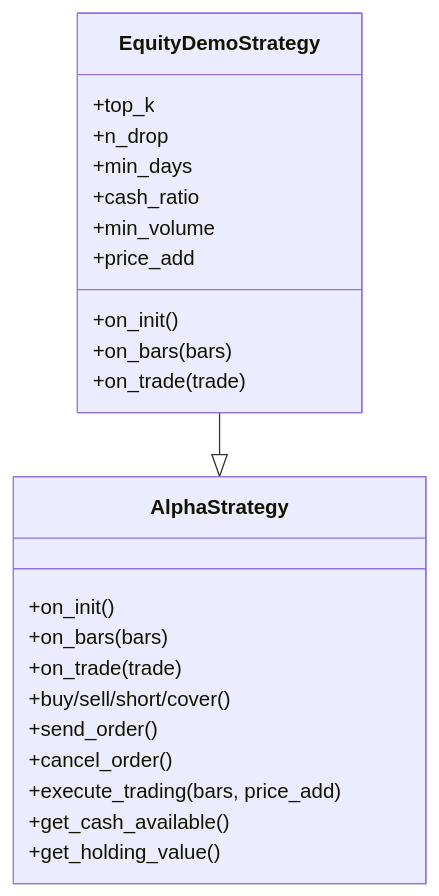
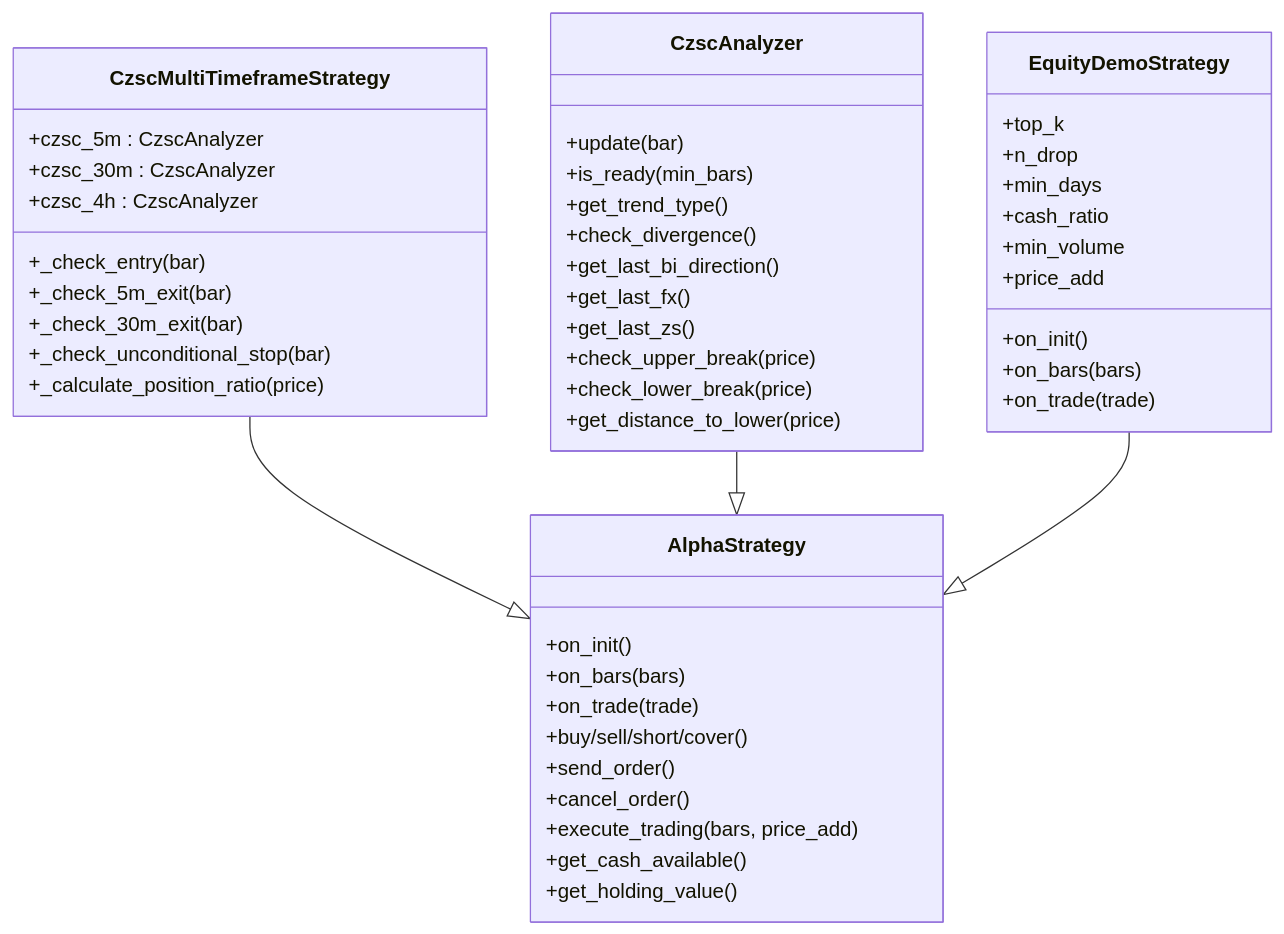
One commit to maxtwoon/vnpy changed the eighth of 9 diagrams in .qoder/repowiki/zh/content/示例和教程/回测示例.md. Above: the diagram before and after it, drawn with Mermaid. The commit also changed other lines of this file and 3 other files, not shown here.

````diff
--- a/.qoder/repowiki/zh/content/示例和教程/回测示例.md
+++ b/.qoder/repowiki/zh/content/示例和教程/回测示例.md
@@ -230,26 +323,50 @@
 ```mermaid
 classDiagram
 class AlphaStrategy {
 +on_init()
 +on_bars(bars)
 +on_trade(trade)
 +buy/sell/short/cover()
 +send_order()
 +cancel_order()
 +execute_trading(bars, price_add)
 +get_cash_available()
 +get_holding_value()
 }
+class CzscAnalyzer {
++update(bar)
++is_ready(min_bars)
++get_trend_type()
++check_divergence()
++get_last_bi_direction()
++get_last_fx()
++get_last_zs()
++check_upper_break(price)
++check_lower_break(price)
++get_distance_to_lower(price)
+}
+class CzscMultiTimeframeStrategy {
++czsc_5m : CzscAnalyzer
++czsc_30m : CzscAnalyzer
++czsc_4h : CzscAnalyzer
++_check_entry(bar)
++_check_5m_exit(bar)
++_check_30m_exit(bar)
++_check_unconditional_stop(bar)
++_calculate_position_ratio(price)
+}
 class EquityDemoStrategy {
 +top_k
 +n_drop
 +min_days
 +cash_ratio
 +min_volume
 +price_add
 +on_init()
 +on_bars(bars)
 +on_trade(trade)
 }
+CzscMultiTimeframeStrategy --|> AlphaStrategy
+CzscAnalyzer --|> AlphaStrategy
 EquityDemoStrategy --|> AlphaStrategy
 ```
````
